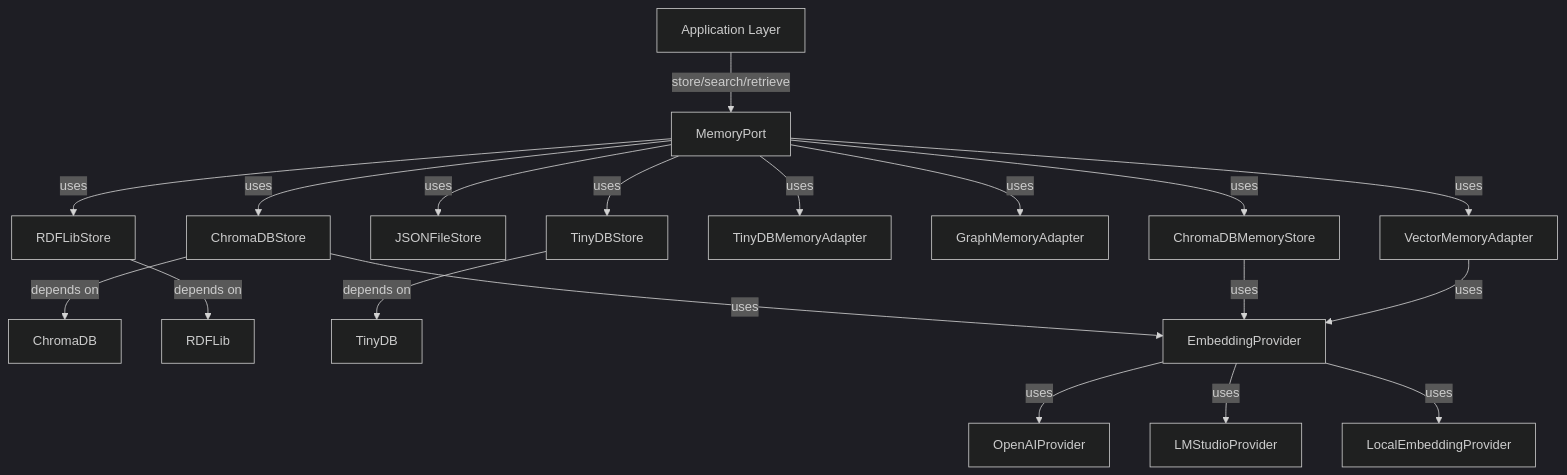
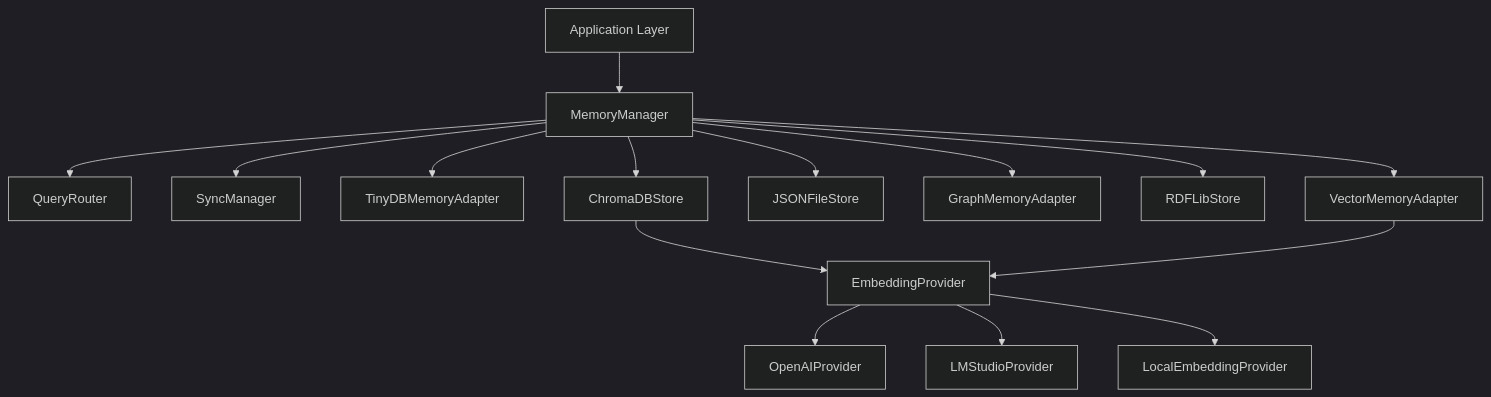
One commit to ravenoak/devsynth changed the diagram in docs/architecture/memory_system.md. Above: the diagram before and after it, drawn with Mermaid (dark theme). The commit also changed other lines of this file and 8 other files, not shown here.

Commit message:
docs: update architecture diagrams and pseudocode

````diff
--- a/docs/architecture/memory_system.md
+++ b/docs/architecture/memory_system.md
@@ -41,21 +41,18 @@
 ```mermaid
 graph TD
-    A[Application Layer] -->|store/search/retrieve| B[MemoryPort]
-    B -->|uses| C[ChromaDBStore]
-    B -->|uses| C2[ChromaDBMemoryStore]
-    B -->|uses| E[JSONFileStore]
-    B -->|uses| F[TinyDBStore]
-    B -->|uses| F2[TinyDBMemoryAdapter]
-    B -->|uses| G[GraphMemoryAdapter]
-    B -->|uses| H[RDFLibStore]
-    B -->|uses| I[VectorMemoryAdapter]
-    
-    C -->|depends on| J[ChromaDB]
-    H -->|depends on| K[RDFLib]
-    F -->|depends on| L[TinyDB]
-    
-    C & C2 & I -->|uses| M[EmbeddingProvider]
-    M -->|uses| N[OpenAIProvider]
-    M -->|uses| O[LMStudioProvider]
-    M -->|uses| P[LocalEmbeddingProvider]
+    A[Application Layer] --> MM[MemoryManager]
+    MM --> QR[QueryRouter]
+    MM --> SY[SyncManager]
+    MM --> TD[TinyDBMemoryAdapter]
+    MM --> CH[ChromaDBStore]
+    MM --> JS[JSONFileStore]
+    MM --> GR[GraphMemoryAdapter]
+    MM --> RDF[RDFLibStore]
+    MM --> VC[VectorMemoryAdapter]
+
+    CH --> EMB[EmbeddingProvider]
+    VC --> EMB
+    EMB --> Open[OpenAIProvider]
+    EMB --> LM[LMStudioProvider]
+    EMB --> Local[LocalEmbeddingProvider]
 ```
````
